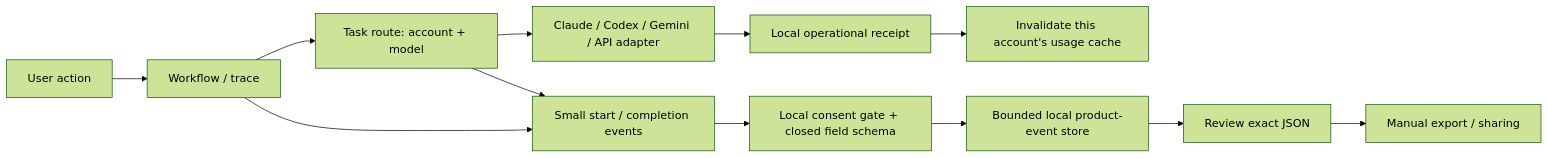
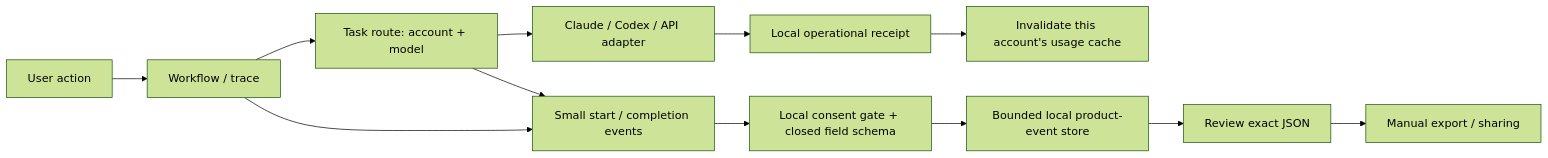
The diagram in docs/architecture.md (puddings-world/Paperfact), drawn with Mermaid (forest theme) before and after one commit. The commit also changed other lines of this file and 41 other files, not shown here.

````diff
--- a/docs/architecture.md
+++ b/docs/architecture.md
@@ -184,14 +183,14 @@
 ```mermaid
 flowchart LR
   UI[User action] --> Flow[Workflow / trace]
   Flow --> Router[Task route: account + model]
-  Router --> Adapter[Claude / Codex / Gemini / API adapter]
+  Router --> Adapter[Claude / Codex / API adapter]
   Adapter --> Receipt[Local operational receipt]
   Receipt --> Quota[Invalidate this account's usage cache]
   Flow --> Events[Small start / completion events]
   Router --> Events
   Events --> Consent[Local consent gate + closed field schema]
   Consent --> Store[Bounded local product-event store]
   Store --> Preview[Review exact JSON]
   Preview --> Export[Manual export / sharing]
 ```
````
